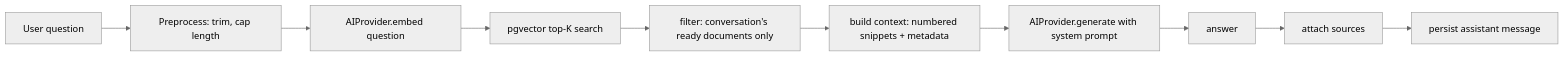
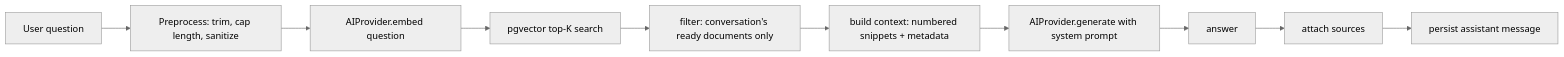
Before and after one commit to abdullah-alsharif/Contextly: the diagram in docs/rag.md, drawn with Mermaid (neutral theme). The commit also changed other lines of this file and 10 other files, not shown here.

First line of the commit message:
fix: guard against prompt injection via user question

````diff
--- a/docs/rag.md
+++ b/docs/rag.md
@@ -5,12 +5,12 @@
 ```mermaid
 flowchart LR
-  Q[User question] --> PRE[Preprocess: trim, cap length]
+  Q[User question] --> PRE[Preprocess: trim, cap length, sanitize]
   PRE --> EQ[AIProvider.embed question]
   EQ --> RET[pgvector top-K search]
   RET --> FILT[filter: conversation's ready documents only]
   FILT --> CTX[build context: numbered snippets + metadata]
   CTX --> LLM[AIProvider.generate with system prompt]
   LLM --> ANS[answer]
   ANS --> SRC[attach sources]
   SRC --> P[persist assistant message]
 ```
````
